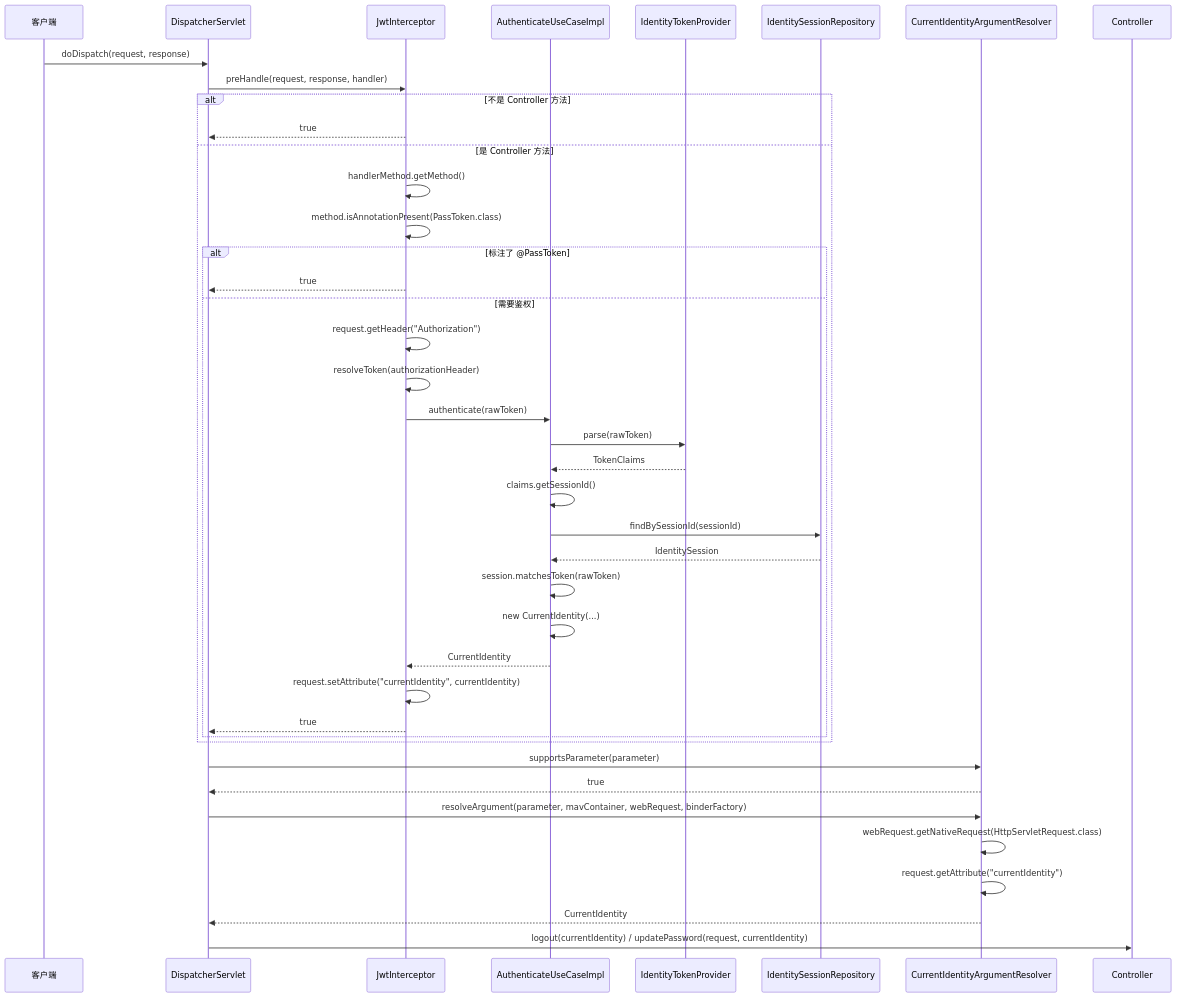
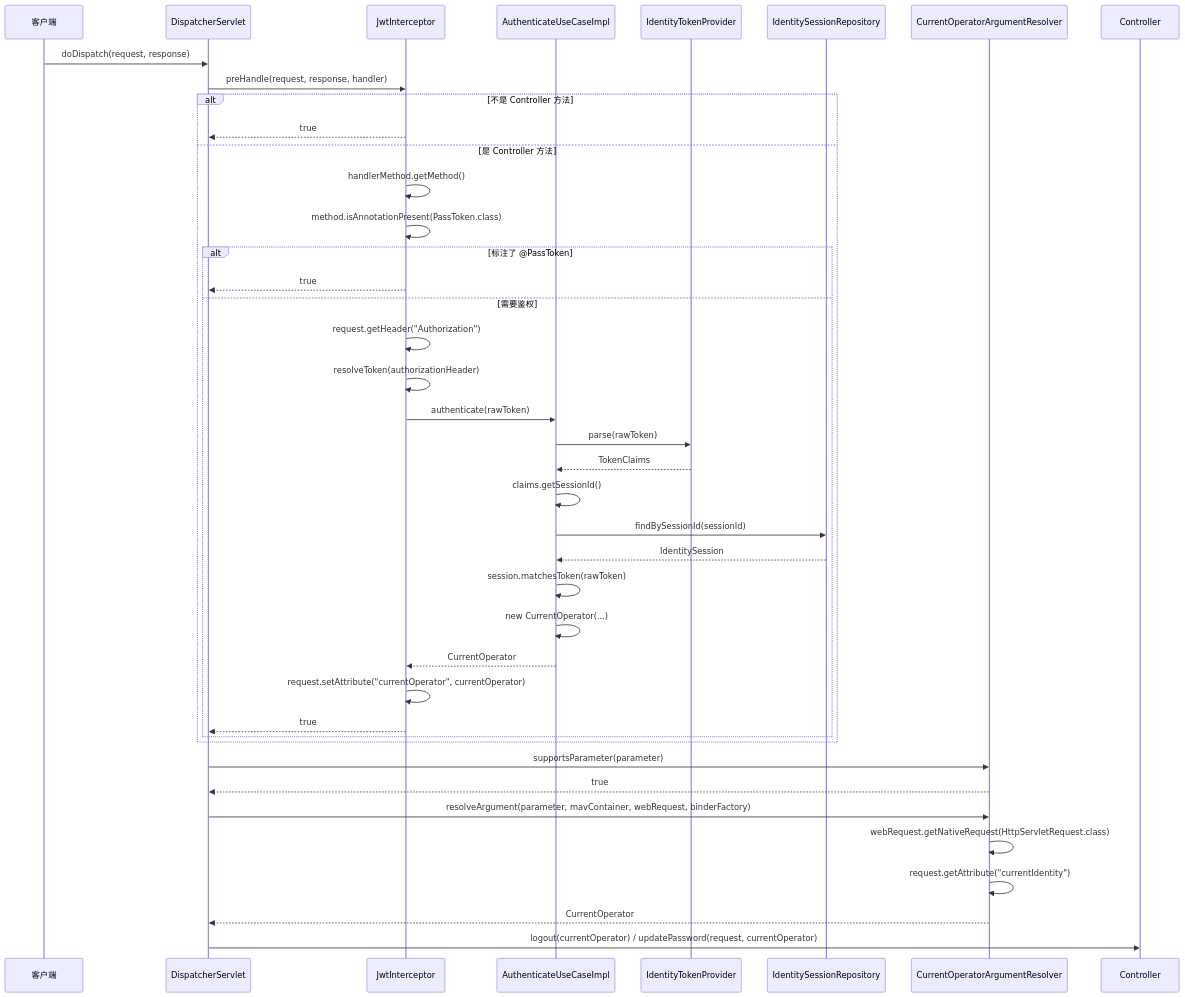
The second of 2 diagrams in docs/request-auth-chain.md (RokiLai/auth-service), drawn with Mermaid before and after one commit. The commit also changed other lines of this file and 201 other files, not shown here.

````diff
--- a/docs/request-auth-chain.md
+++ b/docs/request-auth-chain.md
@@ -43,46 +43,46 @@
 ```mermaid
 sequenceDiagram
     participant Client as 客户端
     participant MVC as DispatcherServlet
     participant Interceptor as JwtInterceptor
     participant UseCase as AuthenticateUseCaseImpl
     participant TokenProvider as IdentityTokenProvider
     participant SessionRepo as IdentitySessionRepository
-    participant Resolver as CurrentIdentityArgumentResolver
+    participant Resolver as CurrentOperatorArgumentResolver
     participant Controller as Controller
 
     Client->>MVC: doDispatch(request, response)
     MVC->>Interceptor: preHandle(request, response, handler)
 
     alt 不是 Controller 方法
         Interceptor-->>MVC: true
     else 是 Controller 方法
         Interceptor->>Interceptor: handlerMethod.getMethod()
         Interceptor->>Interceptor: method.isAnnotationPresent(PassToken.class)
         alt 标注了 @PassToken
             Interceptor-->>MVC: true
         else 需要鉴权
             Interceptor->>Interceptor: request.getHeader("Authorization")
             Interceptor->>Interceptor: resolveToken(authorizationHeader)
             Interceptor->>UseCase: authenticate(rawToken)
             UseCase->>TokenProvider: parse(rawToken)
             TokenProvider-->>UseCase: TokenClaims
             UseCase->>UseCase: claims.getSessionId()
             UseCase->>SessionRepo: findBySessionId(sessionId)
             SessionRepo-->>UseCase: IdentitySession
             UseCase->>UseCase: session.matchesToken(rawToken)
-            UseCase->>UseCase: new CurrentIdentity(...)
-            UseCase-->>Interceptor: CurrentIdentity
-            Interceptor->>Interceptor: request.setAttribute("currentIdentity", currentIdentity)
+            UseCase->>UseCase: new CurrentOperator(...)
+            UseCase-->>Interceptor: CurrentOperator
+            Interceptor->>Interceptor: request.setAttribute("currentOperator", currentOperator)
             Interceptor-->>MVC: true
         end
     end
 
     MVC->>Resolver: supportsParameter(parameter)
     Resolver-->>MVC: true
     MVC->>Resolver: resolveArgument(parameter, mavContainer, webRequest, binderFactory)
     Resolver->>Resolver: webRequest.getNativeRequest(HttpServletRequest.class)
     Resolver->>Resolver: request.getAttribute("currentIdentity")
-    Resolver-->>MVC: CurrentIdentity
-    MVC->>Controller: logout(currentIdentity) / updatePassword(request, currentIdentity)
+    Resolver-->>MVC: CurrentOperator
+    MVC->>Controller: logout(currentOperator) / updatePassword(request, currentOperator)
 ```
````
